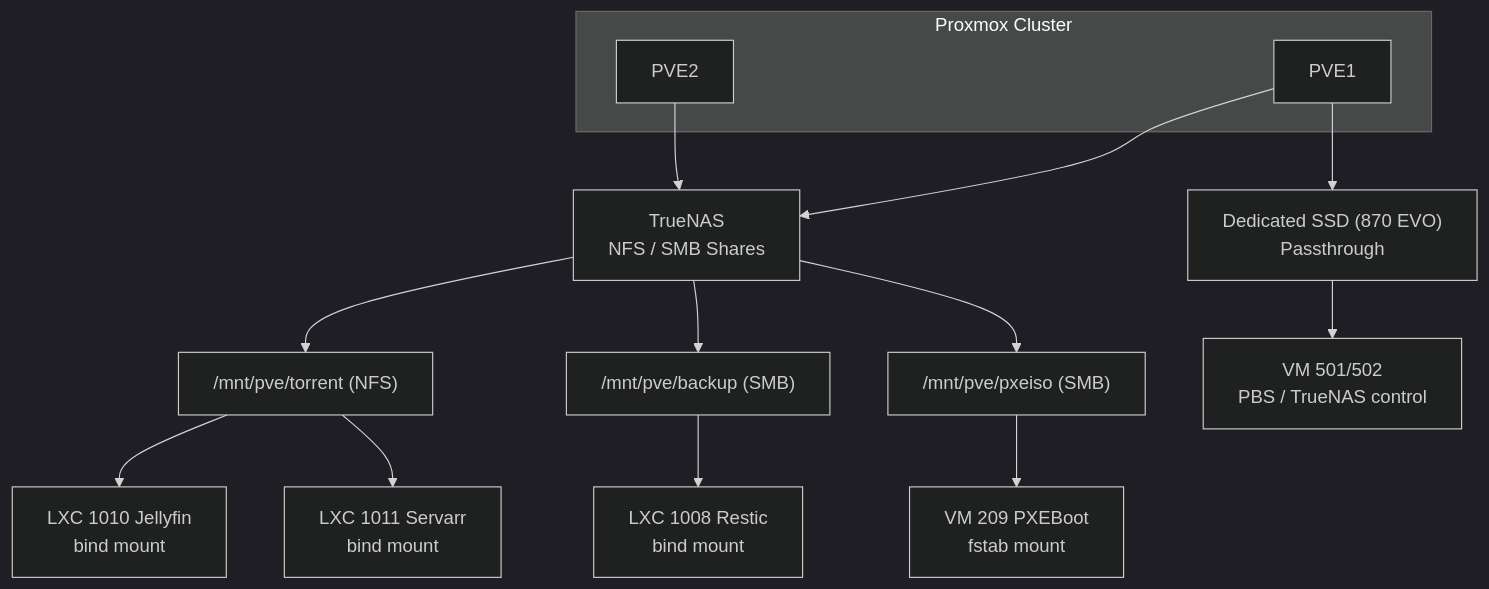
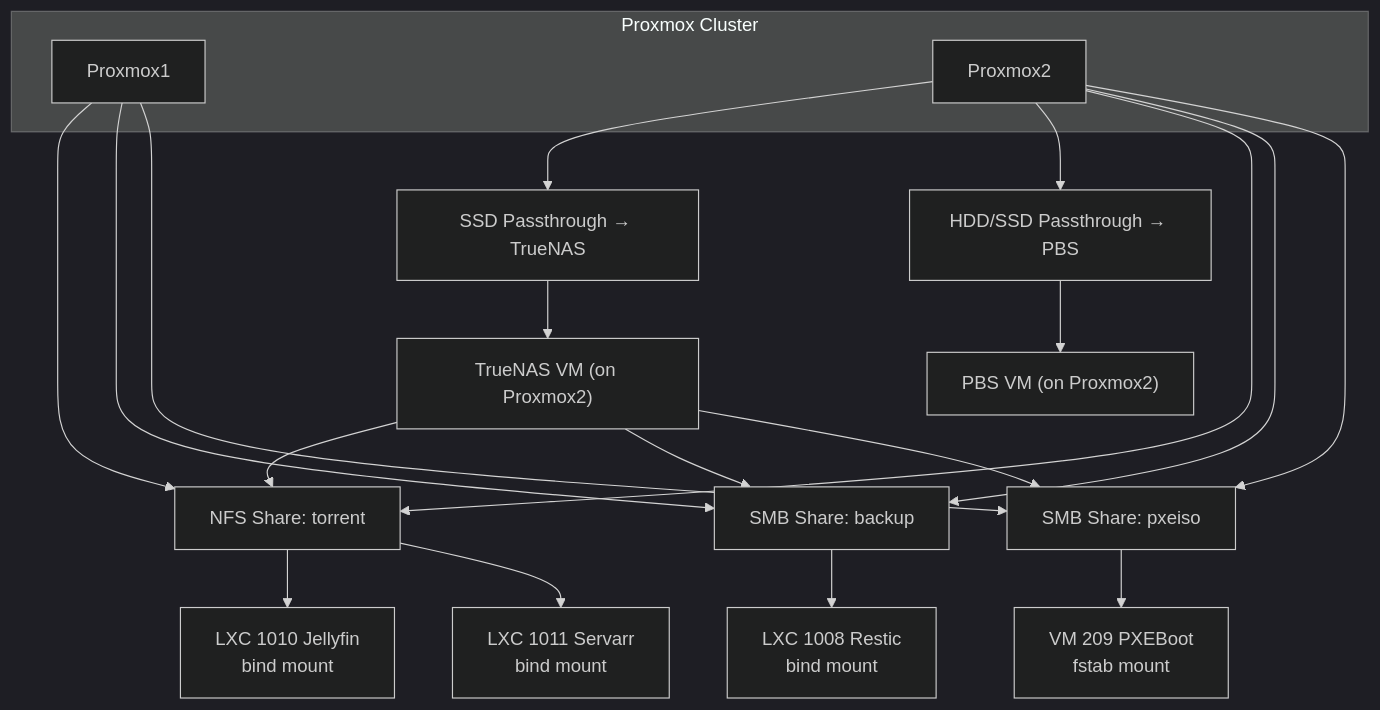
The diagram in 13-Design_Decisions/README_HU.md (torokrolf/homelab), drawn with Mermaid (dark theme) before and after one commit. The commit also changed other lines of this file, not shown here.

````diff
--- a/13-Design_Decisions/README_HU.md
+++ b/13-Design_Decisions/README_HU.md
@@ -58,37 +58,43 @@
 ```mermaid
 flowchart TB
 
     subgraph CLUSTER["Proxmox Cluster"]
-        PVE1["PVE1"]
-        PVE2["PVE2"]
+        PVE1["Proxmox1"]
+        PVE2["Proxmox2"]
     end
 
-    TRUENAS["TrueNAS\nNFS / SMB Shares"]
-    SSD["Dedicated SSD (870 EVO)\nPassthrough"]
+    TRUENAS_VM["TrueNAS VM (on Proxmox2)"]
+    PBS_VM["PBS VM (on Proxmox2)"]
 
-    PVE1 --> TRUENAS
-    PVE2 --> TRUENAS
+    SSD_TRUENAS["SSD Passthrough → TrueNAS"]
+    SSD_PBS["HDD/SSD Passthrough → PBS"]
 
-    PVE1 --> SSD
+    %% Passthrough kapcsolatok
+    PVE2 --> SSD_TRUENAS --> TRUENAS_VM
+    PVE2 --> SSD_PBS --> PBS_VM
 
-    TORRENT["/mnt/pve/torrent (NFS)"]
-    BACKUP["/mnt/pve/backup (SMB)"]
-    PXEISO["/mnt/pve/pxeiso (SMB)"]
+    %% Storage export
+    TRUENAS_VM --> NFS["NFS Share: torrent"]
+    TRUENAS_VM --> SMB1["SMB Share: backup"]
+    TRUENAS_VM --> SMB2["SMB Share: pxeiso"]
 
-    TRUENAS --> TORRENT
-    TRUENAS --> BACKUP
-    TRUENAS --> PXEISO
+    %% Proxmox mountok
+    PVE1 --> NFS
+    PVE1 --> SMB1
+    PVE1 --> SMB2
 
+    PVE2 --> NFS
+    PVE2 --> SMB1
+    PVE2 --> SMB2
+
+    %% Fogyasztók
     JELLY["LXC 1010 Jellyfin\nbind mount"]
     SERVARR["LXC 1011 Servarr\nbind mount"]
     RESTIC["LXC 1008 Restic\nbind mount"]
     PXEVM["VM 209 PXEBoot\nfstab mount"]
 
-    TORRENT --> JELLY
-    TORRENT --> SERVARR
-    BACKUP --> RESTIC
-    PXEISO --> PXEVM
-
-    PBS["VM 501/502\nPBS / TrueNAS control"]
-    SSD --> PBS
+    NFS --> JELLY
+    NFS --> SERVARR
+    SMB1 --> RESTIC
+    SMB2 --> PXEVM
 ```
````
